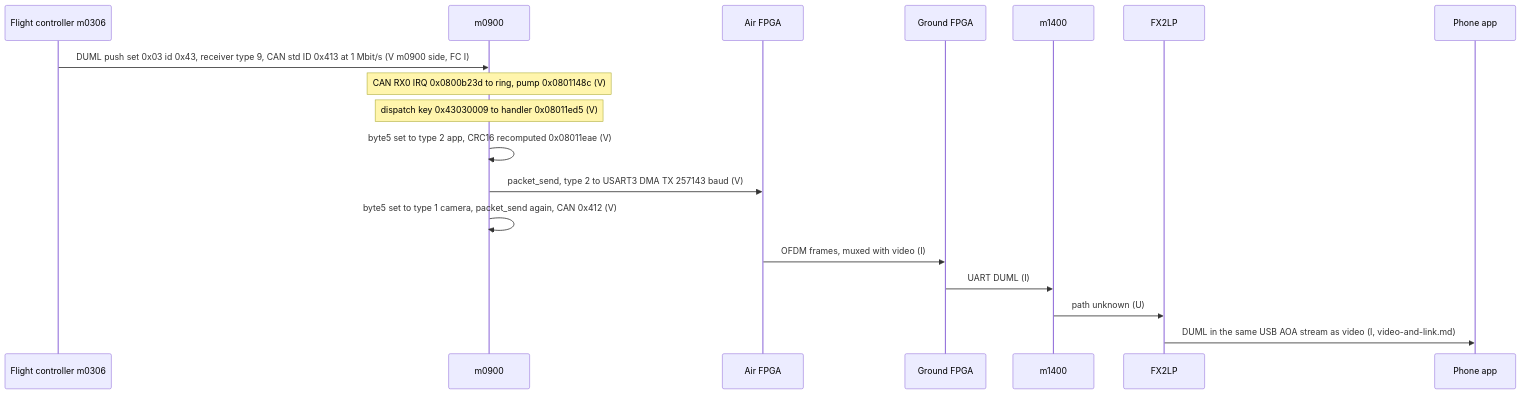
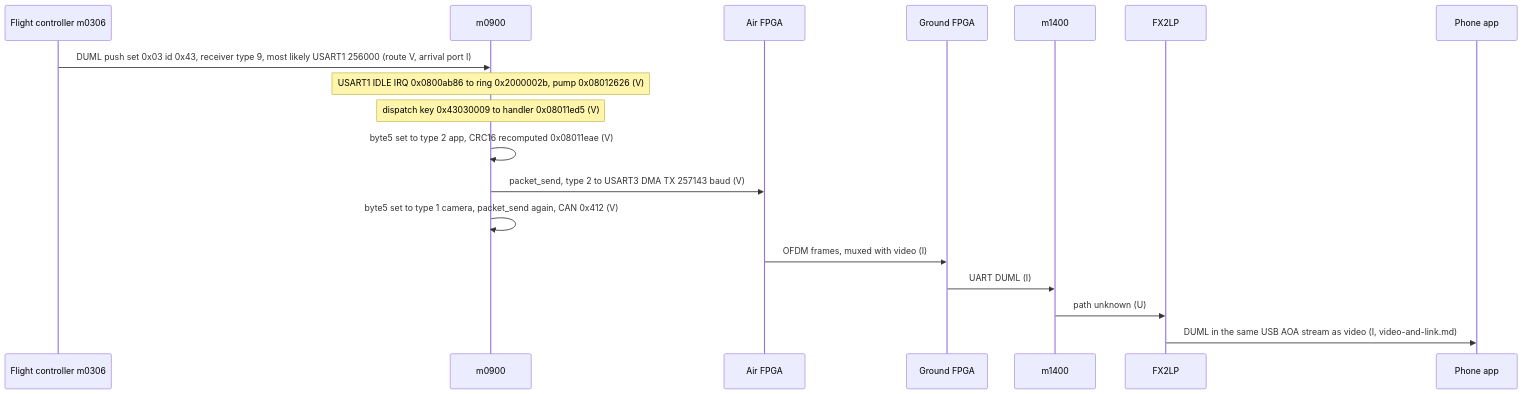
One commit to awto-au/awto-dji changed the fourth of 4 diagrams in docs/dataflow.md. Above: the diagram before and after it, drawn with Mermaid. The commit also changed other lines of this file and 8 other files, not shown here.

First line of the commit message:
m0900: trace CAN queue init - 0x20002538 is StdId 0x414; FC traffic is USART1, not CAN

````diff
--- a/docs/dataflow.md
+++ b/docs/dataflow.md
@@ -193,20 +197,20 @@
 ```mermaid
 sequenceDiagram
   participant FC as Flight controller m0306
   participant M09 as m0900
   participant AF as Air FPGA
   participant GF as Ground FPGA
   participant M14 as m1400
   participant FX2 as FX2LP
   participant APP as Phone app
-  FC->>M09: DUML push set 0x03 id 0x43, receiver type 9, CAN std ID 0x413 at 1 Mbit/s (V m0900 side, FC I)
-  Note over M09: CAN RX0 IRQ 0x0800b23d to ring, pump 0x0801148c (V)
+  FC->>M09: DUML push set 0x03 id 0x43, receiver type 9, most likely USART1 256000 (route V, arrival port I)
+  Note over M09: USART1 IDLE IRQ 0x0800ab86 to ring 0x2000002b, pump 0x08012626 (V)
   Note over M09: dispatch key 0x43030009 to handler 0x08011ed5 (V)
   M09->>M09: byte5 set to type 2 app, CRC16 recomputed 0x08011eae (V)
   M09->>AF: packet_send, type 2 to USART3 DMA TX 257143 baud (V)
   M09->>M09: byte5 set to type 1 camera, packet_send again, CAN 0x412 (V)
   AF->>GF: OFDM frames, muxed with video (I)
   GF->>M14: UART DUML (I)
   M14->>FX2: path unknown (U)
   FX2->>APP: DUML in the same USB AOA stream as video (I, video-and-link.md)
 ```
````
